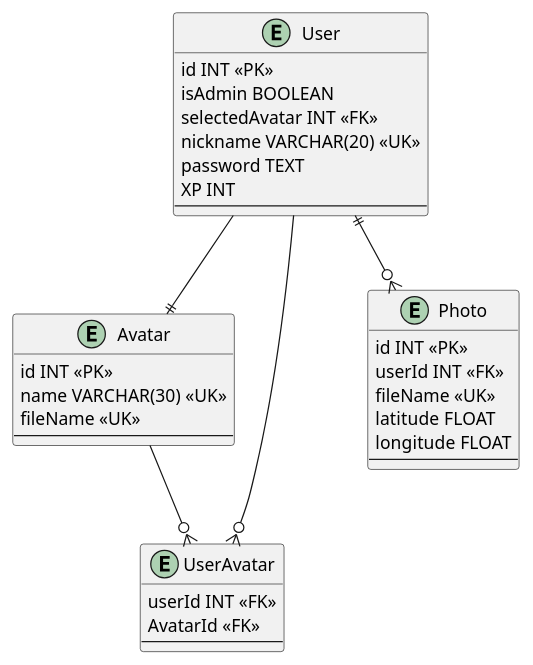
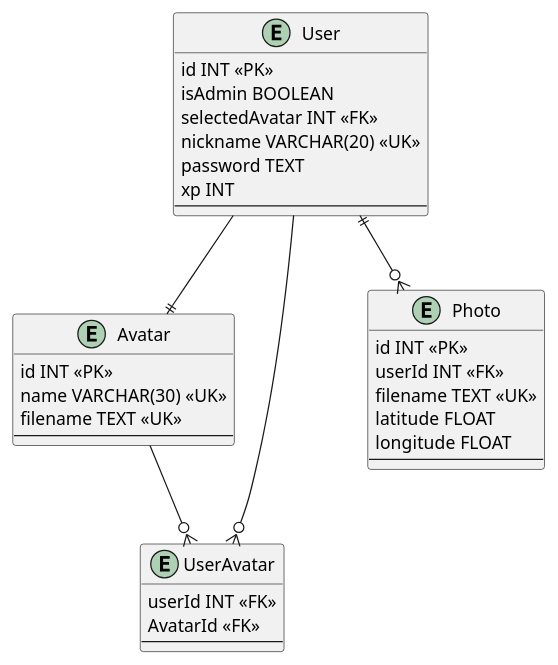
The diagram in database/design/DER_095.plantuml (augusto-dmh/095cm_xrlab_backend), drawn with PlantUML before and after one commit.

Commit message:
refactor: filename without type DER

```diff
--- a/database/design/DER_095.plantuml
+++ b/database/design/DER_095.plantuml
@@ -1,40 +1,40 @@
 @startuml DER
 
 entity User {
     id INT <<PK>>
     isAdmin BOOLEAN
     selectedAvatar INT <<FK>>
     nickname VARCHAR(20) <<UK>>
     password TEXT
-    XP INT
+    xp INT
     --
 }
 
 entity Avatar {
     id INT <<PK>>
     name VARCHAR(30) <<UK>>
-    fileName <<UK>>
+    filename TEXT <<UK>>
     --
 }
 
 entity UserAvatar {
     userId INT <<FK>>
     AvatarId <<FK>>
     --
 }
 
 entity Photo {
     id INT <<PK>>
     userId INT <<FK>>
-    fileName <<UK>>
+    filename TEXT <<UK>>
     latitude FLOAT
     longitude FLOAT
     --
 }
 
 User ||--o{ Photo
 User --|| Avatar
 User --o{ UserAvatar
 Avatar --o{ UserAvatar
 
 @enduml
```
